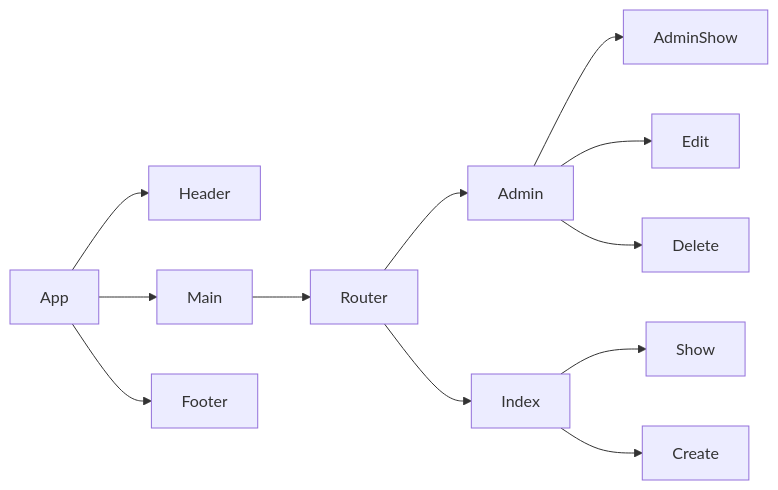
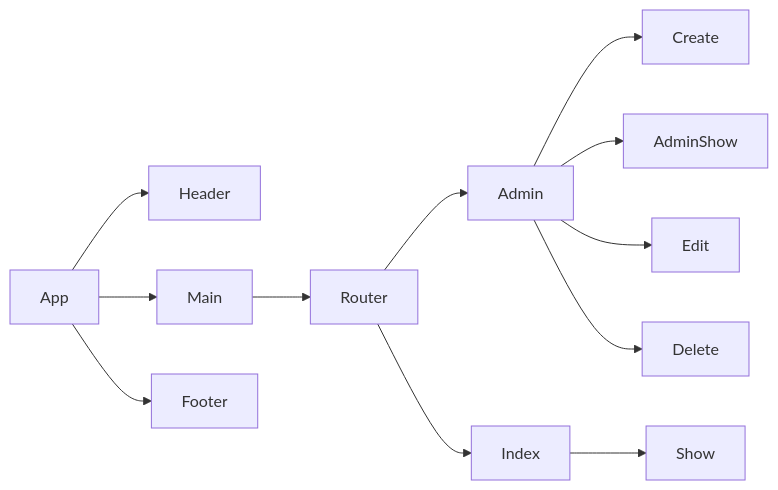
The diagram in README.md (hojoon0724/opusManifest-front), drawn with Mermaid before and after one commit.

Commit message:
revised component architecture

````diff
--- a/README.md
+++ b/README.md
@@ -34,14 +34,14 @@
 ```mermaid
 flowchart LR
   App-->Header
   App-->Main
   App-->Footer
   Main-->Router
   Router-->Admin
   Router-->Index
   Index-->Show
-  Index-->Create
+  Admin-->Create
   Admin-->AdminShow
   Admin-->Edit
   Admin-->Delete
 ```
````
